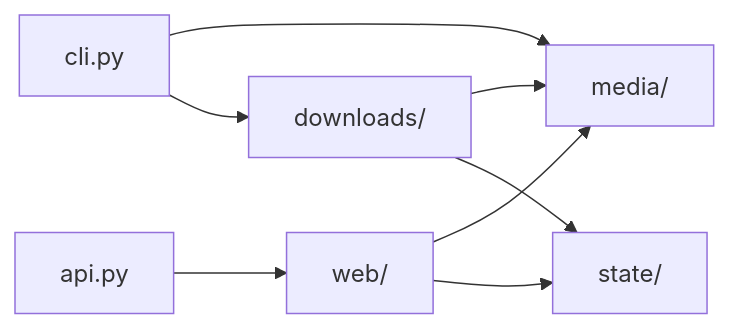
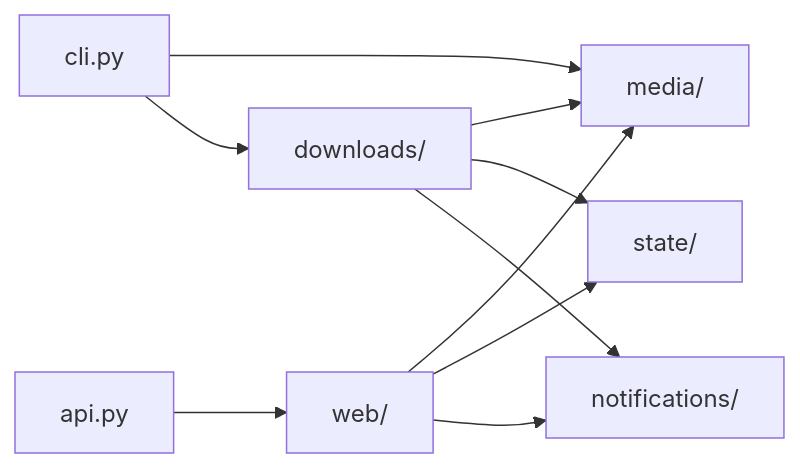
The diagram in src/GUIDE_src.md (GerardWu100/podcast-downloader), drawn with Mermaid before and after one commit. The commit also changed other lines of this file and 10 other files, not shown here.

````diff
--- a/src/GUIDE_src.md
+++ b/src/GUIDE_src.md
@@ -8,10 +8,12 @@
 ```mermaid
 flowchart LR
     CLI["cli.py"] --> Media["media/"]
     CLI --> Downloads["downloads/"]
     Web["web/"] --> Media
     Web --> State["state/"]
     Downloads --> Media
     Downloads --> State
+    Downloads --> Notify["notifications/"]
+    Web --> Notify
     API["api.py"] --> Web
 ```
````
